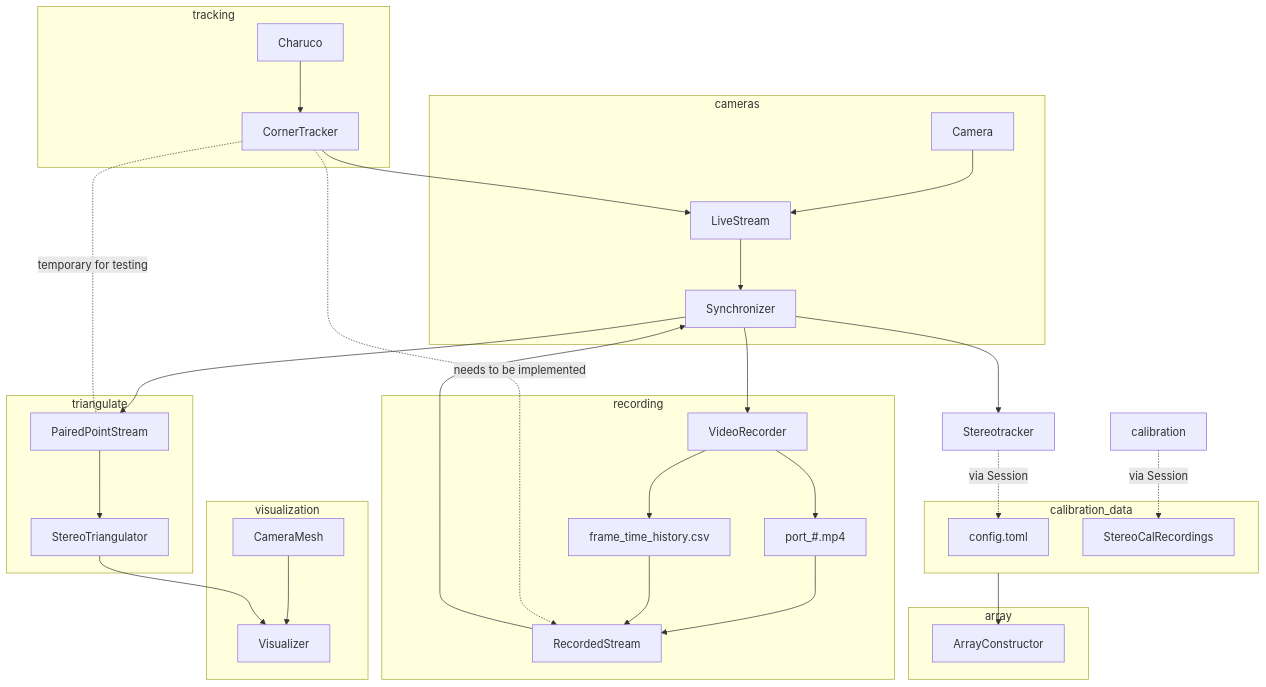
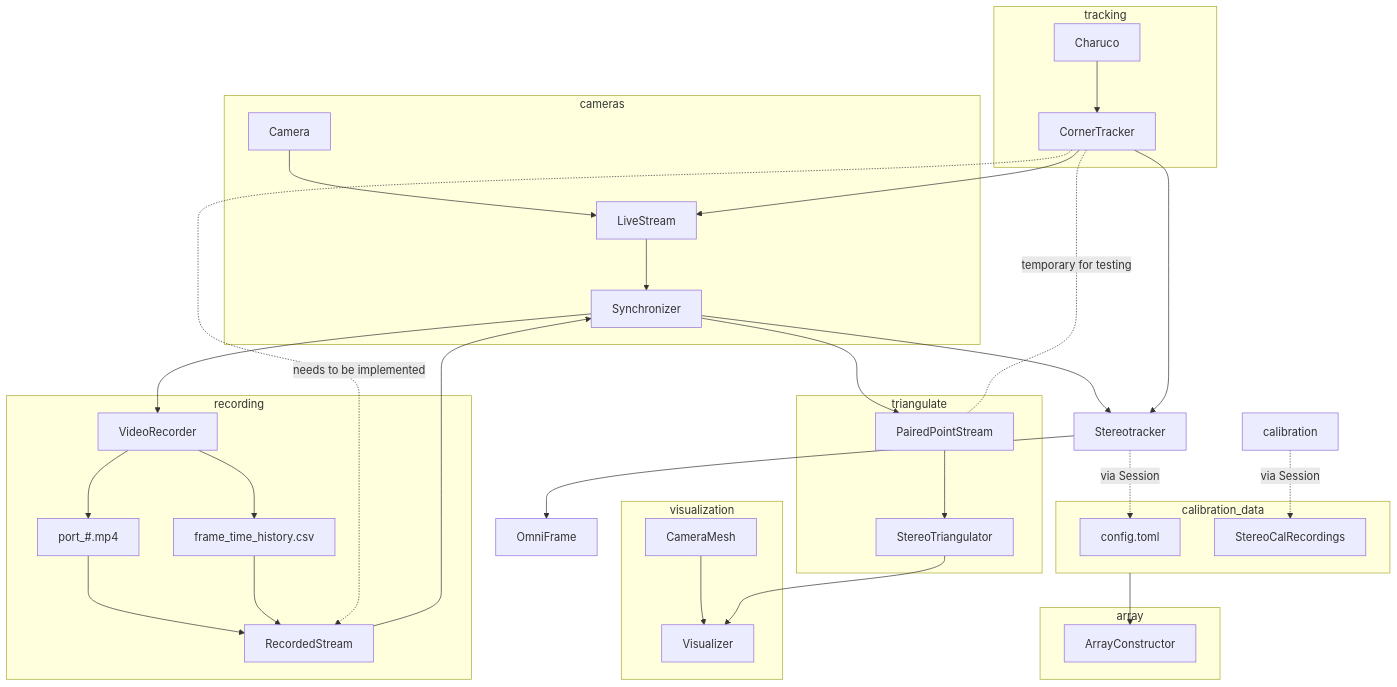
The diagram in README.md (mprib/caliscope), drawn with Mermaid before and after one commit. The commit also changed 2 other files, not shown here.

Commit message:
minor updating of readme and formating

````diff
--- a/README.md
+++ b/README.md
@@ -13,54 +13,59 @@
 ```mermaid
 graph TD
 
 subgraph cameras
 Camera --> LiveStream
 LiveStream --> Synchronizer
 end
 subgraph tracking
 Charuco --> CornerTracker
 CornerTracker --> LiveStream
 end
 
 
 subgraph recording
 Synchronizer --> VideoRecorder
 VideoRecorder --> port_#.mp4
 VideoRecorder --> frame_time_history.csv
 
 port_#.mp4 --> RecordedStream
 frame_time_history.csv --> RecordedStream
 RecordedStream --> Synchronizer
 end
 
 Synchronizer --> Stereotracker
+
+CornerTracker --> Stereotracker
+Stereotracker --> OmniFrame
+
+
 subgraph calibration_data
 config.toml
 StereoCalRecordings
 end
 
 CornerTracker -.needs to be implemented.-> RecordedStream
 
 Stereotracker -.via Session.-> config.toml
 calibration -.via Session.-> StereoCalRecordings
 calibration_data --> ArrayConstructor
 
 subgraph array
 ArrayConstructor
 end
 
 Synchronizer --> PairedPointStream 
 
 
 CornerTracker -.temporary for testing.- PairedPointStream
 
 subgraph triangulate
 PairedPointStream --> StereoTriangulator
 end
 
 subgraph visualization
 CameraMesh --> Visualizer
 StereoTriangulator --> Visualizer
 end
 
 ```
````
